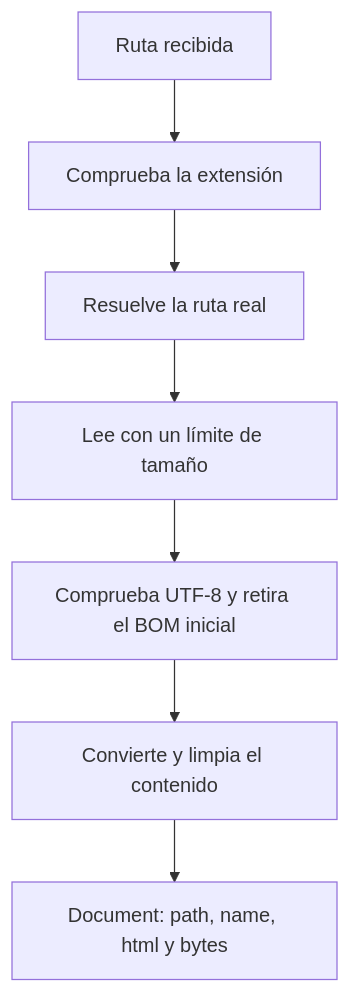
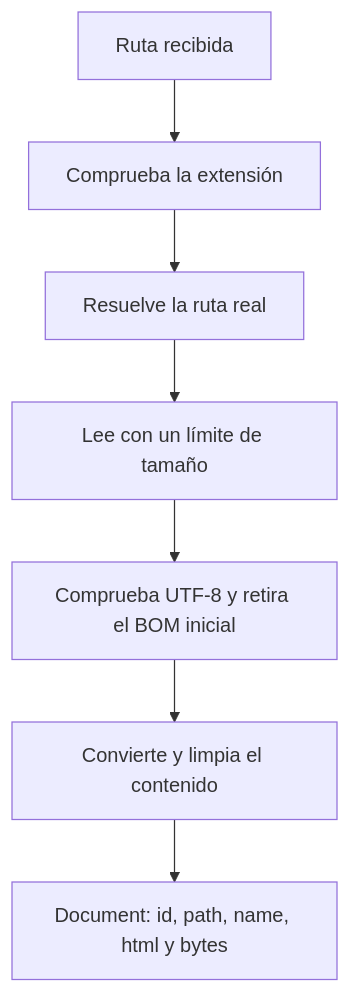
One commit to JorgeAgar/markdown-viewer changed the first of 3 diagrams in docs/procesamiento-documento.md. Above: the diagram before and after it, drawn with Mermaid. The commit also changed other lines of this file and 15 other files, not shown here.

````diff
--- a/docs/procesamiento-documento.md
+++ b/docs/procesamiento-documento.md
@@ -22,9 +23,9 @@
 ```mermaid
 flowchart TD
     Ruta["Ruta recibida"] --> Extension["Comprueba la extensión"]
     Extension --> Real["Resuelve la ruta real"]
     Real --> Lectura["Lee con un límite de tamaño"]
     Lectura --> Texto["Comprueba UTF-8 y retira el BOM inicial"]
     Texto --> Render["Convierte y limpia el contenido"]
-    Render --> Documento["Document: path, name, html y bytes"]
+    Render --> Documento["Document: id, path, name, html y bytes"]
 ```
````
